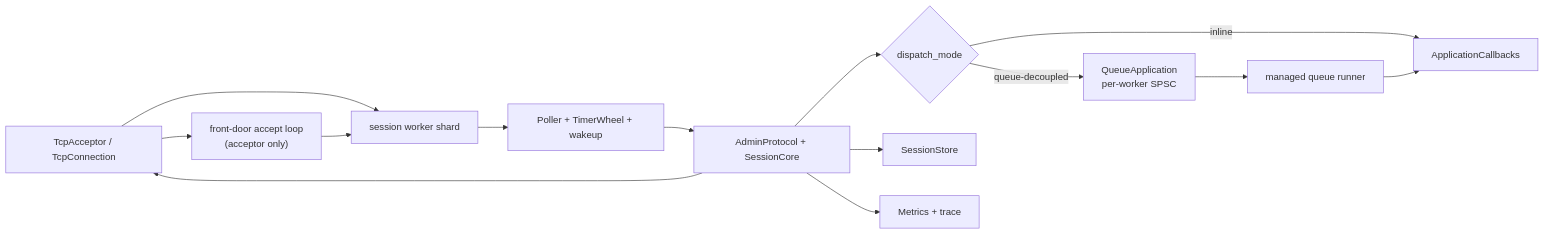
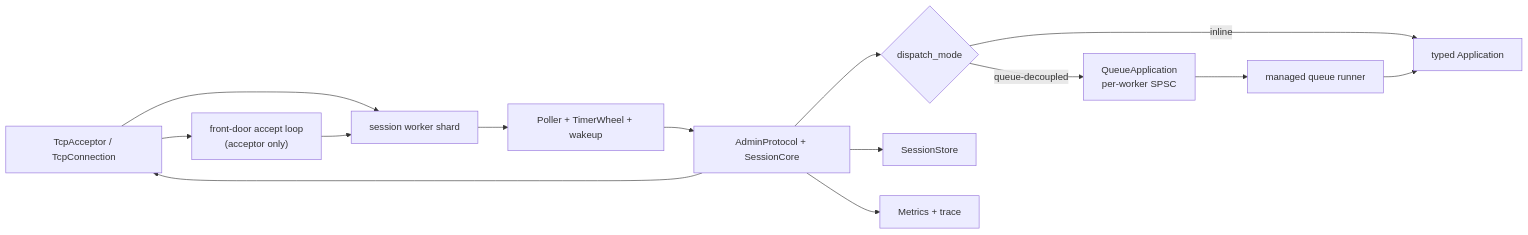
The first of 4 diagrams in docs/architecture.md (yhwwwwww/fastfix), drawn with Mermaid before and after one commit. The commit also changed other lines of this file and 109 other files, not shown here.

````diff
--- a/docs/architecture.md
+++ b/docs/architecture.md
@@ -498,14 +503,14 @@
 ```mermaid
 flowchart LR
     NET["TcpAcceptor / TcpConnection"] --> FD["front-door accept loop<br/>(acceptor only)"]
     NET --> W["session worker shard"]
     FD --> W
     W --> TW["Poller + TimerWheel + wakeup"]
     TW --> AP["AdminProtocol + SessionCore"]
     AP --> DISP{"dispatch_mode"}
-    DISP -->|inline| APP["ApplicationCallbacks"]
+    DISP -->|inline| APP["typed Application<Profile>"]
     DISP -->|queue-decoupled| Q["QueueApplication<br/>per-worker SPSC"] --> QR["managed queue runner"] --> APP
     AP --> STORE["SessionStore"]
     AP --> NET
     AP --> OBS["Metrics + trace"]
 ```
````
